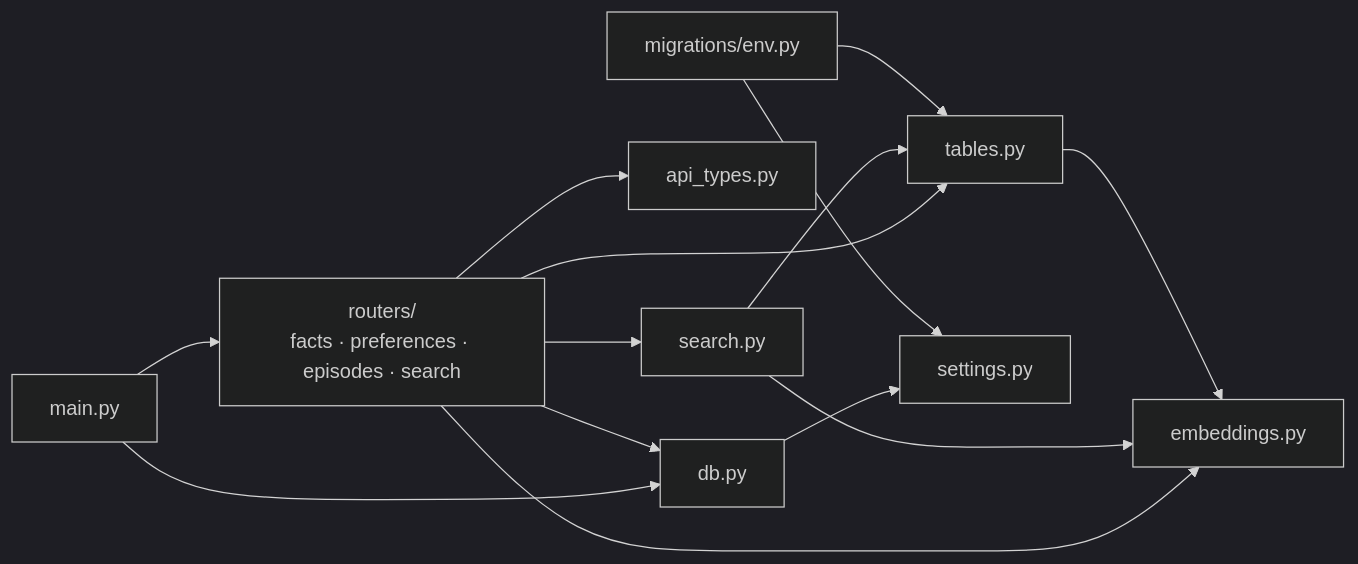
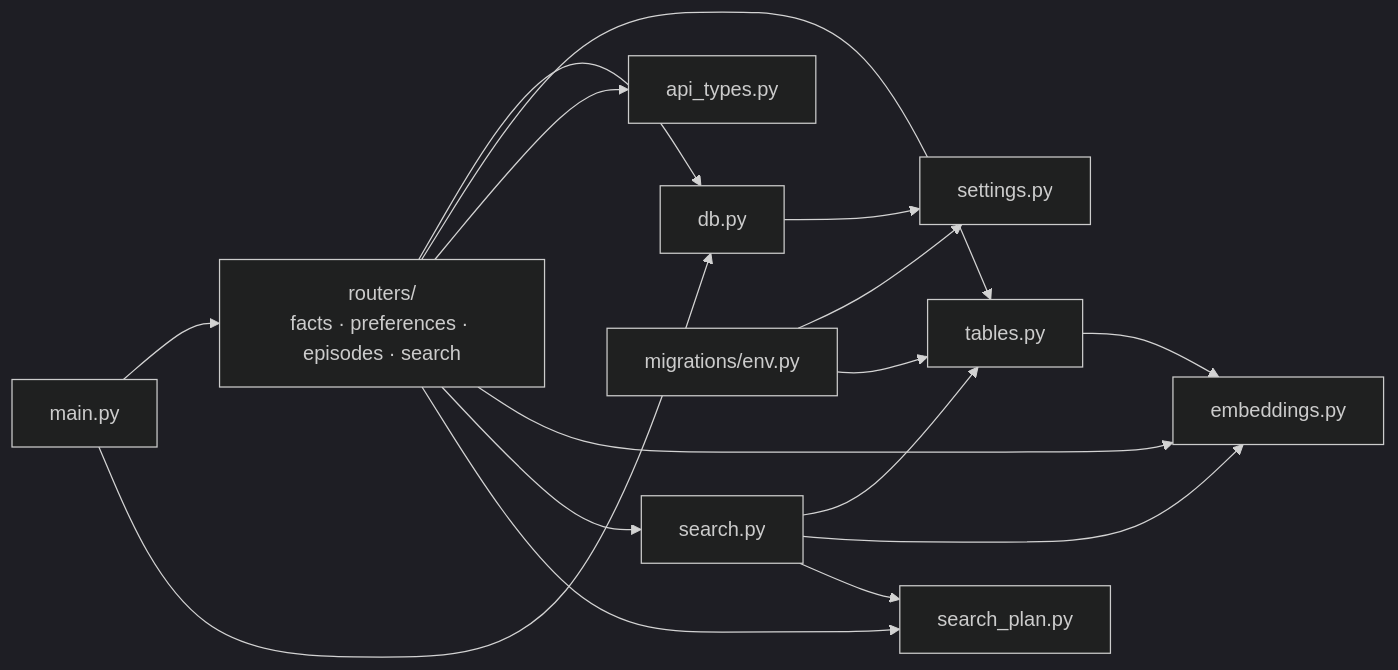
One commit to ZiadHendawy/mutable changed the eighth of 24 diagrams in docs/design.md. Above: the diagram before and after it, drawn with Mermaid (dark theme). The commit also changed other lines of this file and 7 other files, not shown here.

````diff
--- a/docs/design.md
+++ b/docs/design.md
@@ -611,16 +614,18 @@
 ```mermaid
 flowchart LR
     main["main.py"] --> routers["routers/<br/>facts · preferences · episodes · search"]
     main --> dbmod["db.py"]
     routers --> dbmod
     routers --> tables["tables.py"]
     routers --> apitypes["api_types.py"]
     routers --> embeddings["embeddings.py"]
     routers --> searchmod["search.py"]
     searchmod --> tables
     searchmod --> embeddings
+    searchmod --> plan["search_plan.py"]
+    routers --> plan
     tables --> embeddings
     dbmod --> settingsmod["settings.py"]
     env["migrations/env.py"] --> settingsmod
     env --> tables
 ```
````
